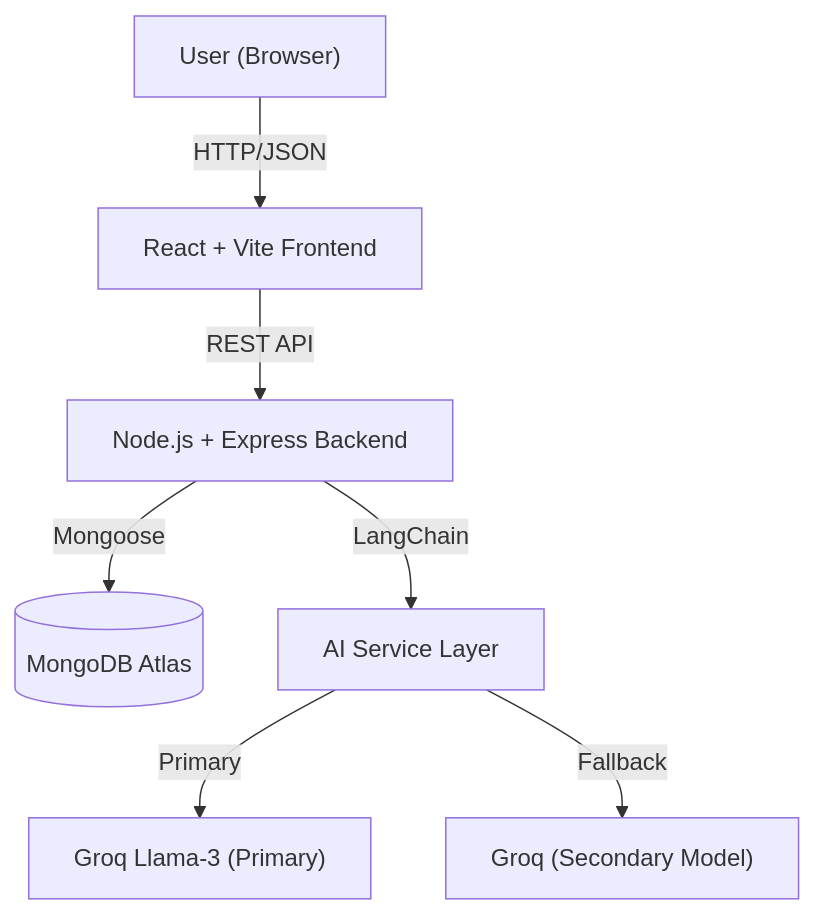
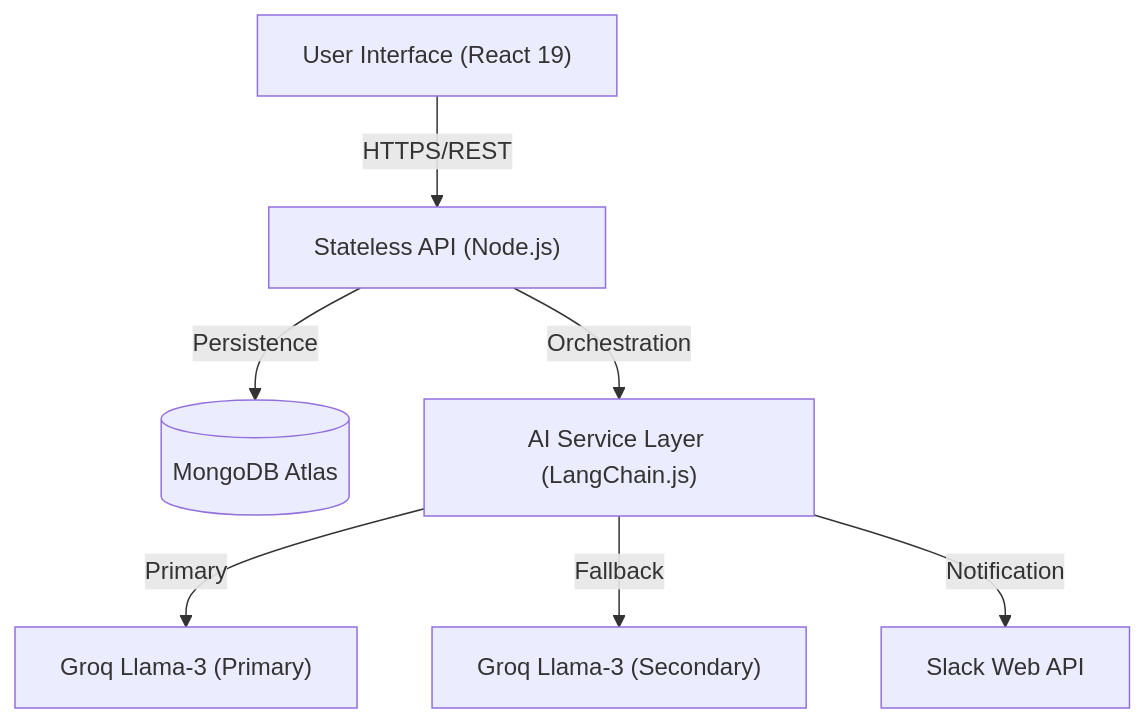
Before and after one commit to CyberShadowSensei/Project-Manager-AI-Agent: the diagram in README.md, drawn with Mermaid. The commit also changed other lines of this file, not shown here.

````diff
--- a/README.md
+++ b/README.md
@@ -49,9 +33,9 @@
 ```mermaid
 graph TD
-    User["User (Browser)"] -->|HTTP/JSON| Frontend["React + Vite Frontend"]
-    Frontend -->|REST API| Backend["Node.js + Express Backend"]
-    Backend -->|Mongoose| DB[("MongoDB Atlas")]
-    Backend -->|LangChain| AIService["AI Service Layer"]
+    User["User Interface (React 19)"] -->|HTTPS/REST| API["Stateless API (Node.js)"]
+    API -->|Persistence| DB[("MongoDB Atlas")]
+    API -->|Orchestration| AIService["AI Service Layer (LangChain.js)"]
     AIService -->|Primary| Groq1["Groq Llama-3 (Primary)"]
-    AIService -->|Fallback| Groq2["Groq (Secondary Model)"]
+    AIService -->|Fallback| Groq2["Groq Llama-3 (Secondary)"]
+    AIService -->|Notification| Slack["Slack Web API"]
 ```
````
